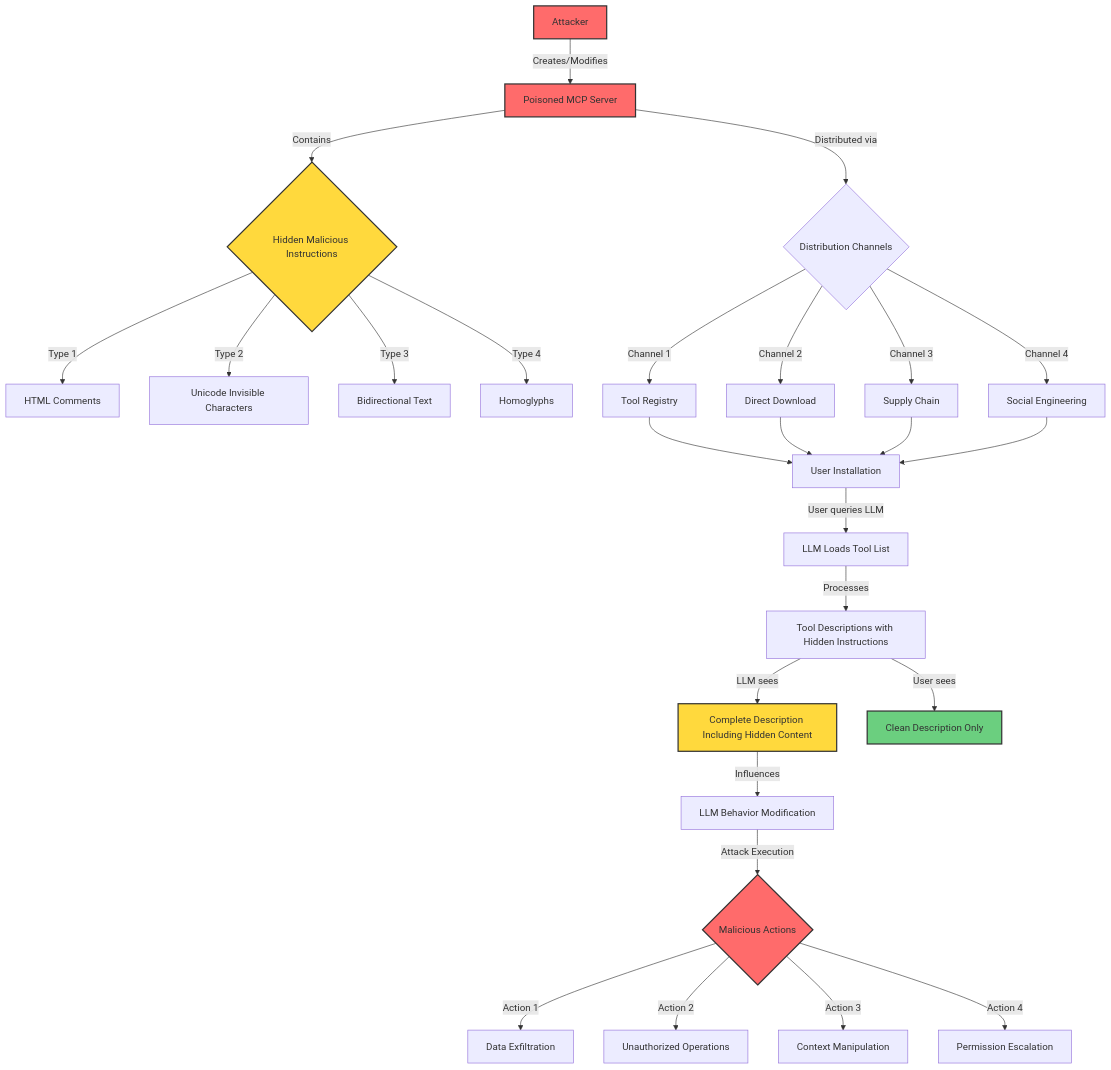
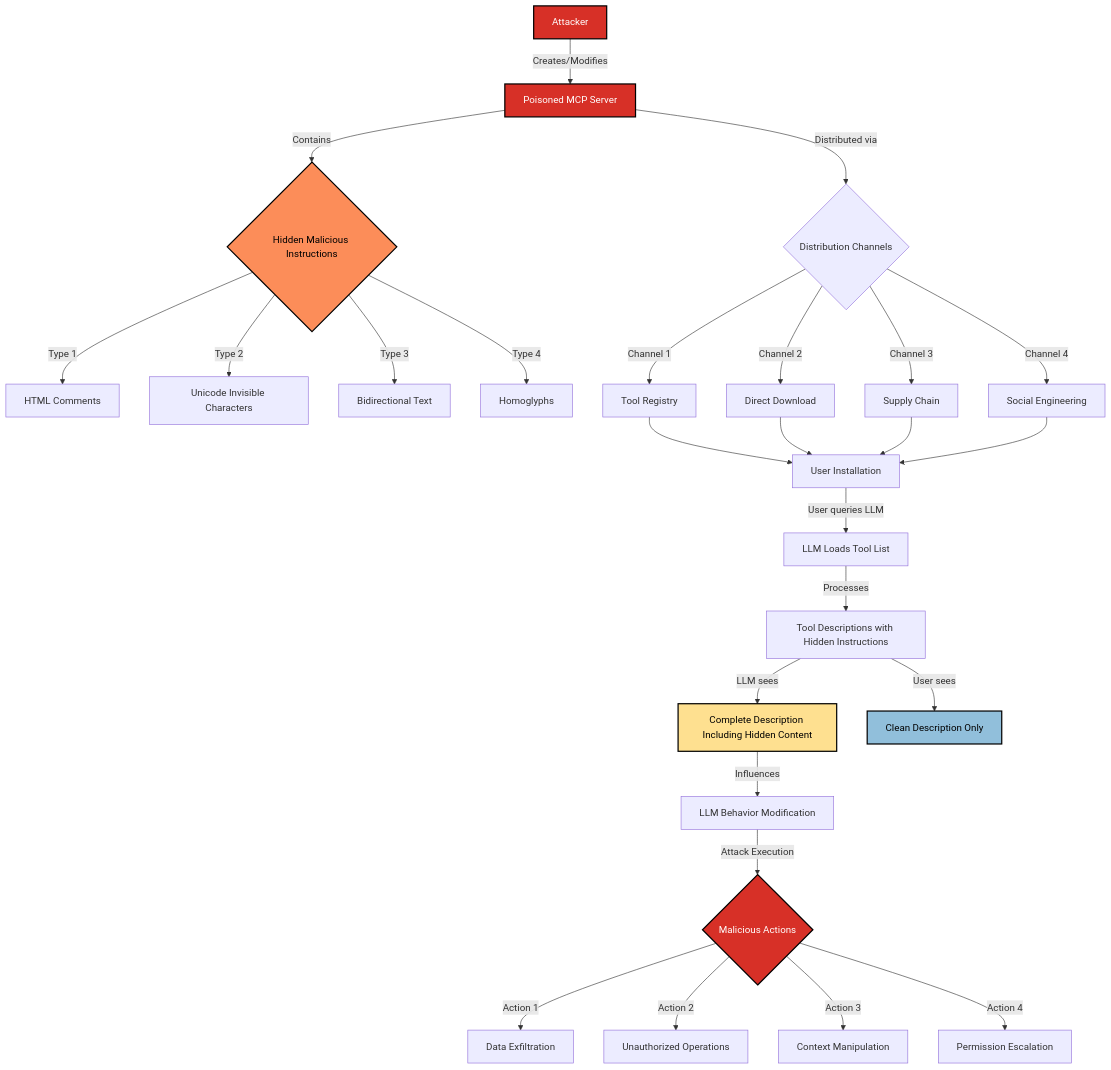
The diagram in techniques/SAFE-T1001/README.md (techstar9797/safe-mcp), drawn with Mermaid before and after one commit.

Commit message:
Improve contrast in attack flow diagram with better colors

````diff
--- a/techniques/SAFE-T1001/README.md
+++ b/techniques/SAFE-T1001/README.md
@@ -32,42 +32,42 @@
 ```mermaid
 graph TD
     A[Attacker] -->|Creates/Modifies| B[Poisoned MCP Server]
     B -->|Contains| C{Hidden Malicious Instructions}
     
     C -->|Type 1| D[HTML Comments]
     C -->|Type 2| E[Unicode Invisible Characters]
     C -->|Type 3| F[Bidirectional Text]
     C -->|Type 4| G[Homoglyphs]
     
     B -->|Distributed via| H{Distribution Channels}
     H -->|Channel 1| I[Tool Registry]
     H -->|Channel 2| J[Direct Download]
     H -->|Channel 3| K[Supply Chain]
     H -->|Channel 4| L[Social Engineering]
     
     I --> M[User Installation]
     J --> M
     K --> M
     L --> M
     
     M -->|User queries LLM| N[LLM Loads Tool List]
     N -->|Processes| O[Tool Descriptions with Hidden Instructions]
     
     O -->|LLM sees| P[Complete Description Including Hidden Content]
     O -->|User sees| Q[Clean Description Only]
     
     P -->|Influences| R[LLM Behavior Modification]
     
     R -->|Attack Execution| S{Malicious Actions}
     S -->|Action 1| T[Data Exfiltration]
     S -->|Action 2| U[Unauthorized Operations]
     S -->|Action 3| V[Context Manipulation]
     S -->|Action 4| W[Permission Escalation]
     
-    style A fill:#ff6b6b,stroke:#333,stroke-width:2px
-    style B fill:#ff6b6b,stroke:#333,stroke-width:2px
-    style C fill:#ffd93d,stroke:#333,stroke-width:2px
-    style S fill:#ff6b6b,stroke:#333,stroke-width:2px
-    style P fill:#ffd93d,stroke:#333,stroke-width:2px
-    style Q fill:#6bcf7f,stroke:#333,stroke-width:2px
+    style A fill:#d73027,stroke:#000,stroke-width:2px,color:#fff
+    style B fill:#d73027,stroke:#000,stroke-width:2px,color:#fff
+    style C fill:#fc8d59,stroke:#000,stroke-width:2px,color:#000
+    style S fill:#d73027,stroke:#000,stroke-width:2px,color:#fff
+    style P fill:#fee090,stroke:#000,stroke-width:2px,color:#000
+    style Q fill:#91bfdb,stroke:#000,stroke-width:2px,color:#000
 ```
````
